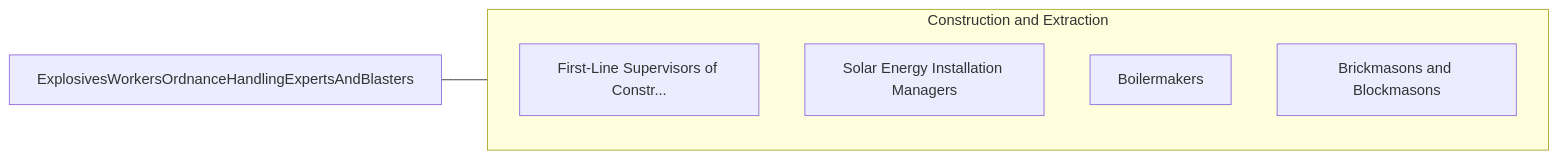
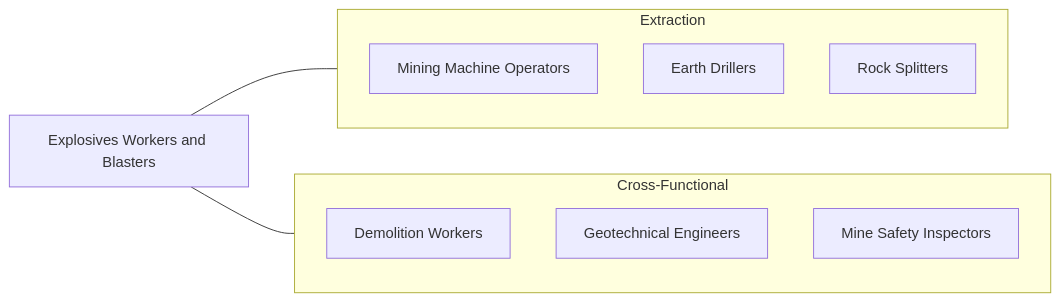
The fourth of 4 diagrams in occupations/Construction/ExplosivesWorkersOrdnanceHandlingExpertsAndBlasters.mdx (kziemski/business.org.ai), drawn with Mermaid before and after one commit. The commit also changed other lines of this file and 938 other files, not shown here.

````diff
--- a/occupations/Construction/ExplosivesWorkersOrdnanceHandlingExpertsAndBlasters.mdx
+++ b/occupations/Construction/ExplosivesWorkersOrdnanceHandlingExpertsAndBlasters.mdx
@@ -115,13 +221,19 @@
 ```mermaid
 graph LR
-    Current["ExplosivesWorkersOrdnanceHandlingExpertsAndBlasters"]
+    Current["Explosives Workers and Blasters"]
 
-    subgraph SameCategory["Construction and Extraction"]
-        FirstLineSupervisors["First-Line Supervisors of Constr..."]
-        SolarEnergyInstallat["Solar Energy Installation Managers"]
-        Boilermakers["Boilermakers"]
-        BrickmasonsAndBlockm["Brickmasons and Blockmasons"]
+    subgraph SameCategory["Extraction"]
+        Mining["Mining Machine Operators"]
+        Drillers["Earth Drillers"]
+        RockSplit["Rock Splitters"]
+    end
+
+    subgraph CrossFunctional["Cross-Functional"]
+        Demo["Demolition Workers"]
+        Geotech["Geotechnical Engineers"]
+        Safety["Mine Safety Inspectors"]
     end
 
     Current --- SameCategory
+    Current --- CrossFunctional
 ```
````
